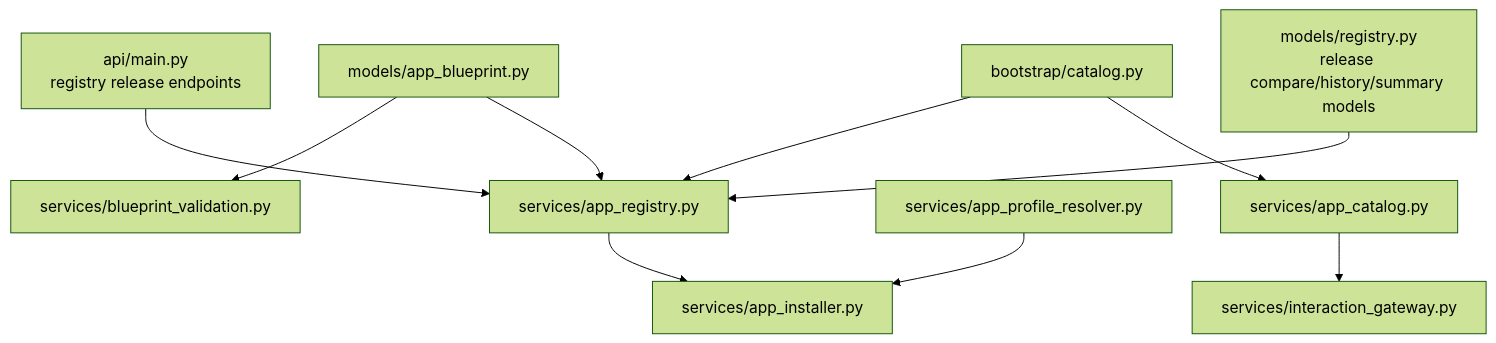
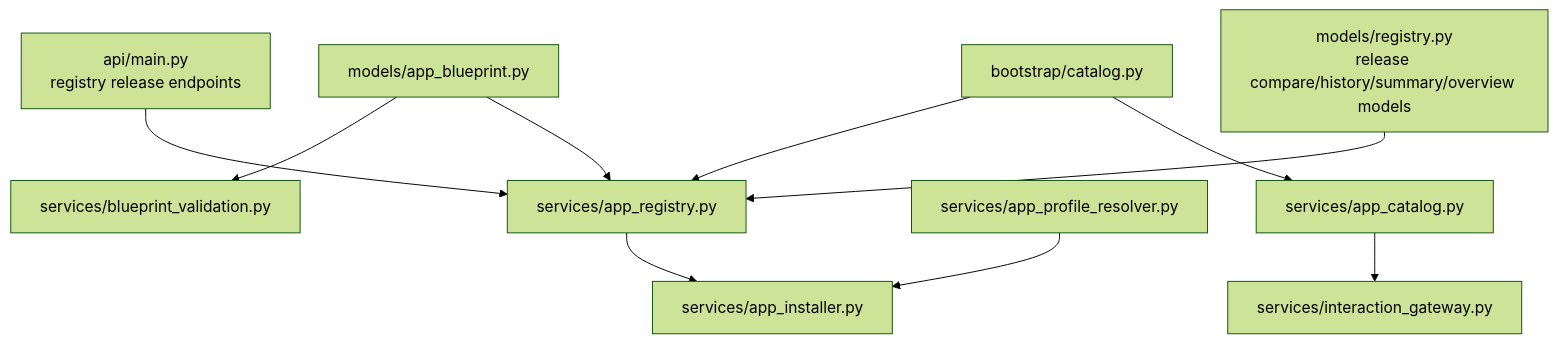
The third of 20 diagrams in docs/system-relationship-map.md (wangchienbo/AgentSystem), drawn with Mermaid (forest theme) before and after one commit. The commit also changed other lines of this file and 3 other files, not shown here.

Commit message:
docs: document app registry overview

````diff
--- a/docs/system-relationship-map.md
+++ b/docs/system-relationship-map.md
@@ -98,12 +98,12 @@
 ```mermaid
 graph TD
     AB[models/app_blueprint.py] --> AR[services/app_registry.py]
     AB --> BV[services/blueprint_validation.py]
-    MREG[models/registry.py\nrelease compare/history/summary models] --> AR[services/app_registry.py]
+    MREG[models/registry.py\nrelease compare/history/summary/overview models] --> AR[services/app_registry.py]
     APIREG[api/main.py\nregistry release endpoints] --> AR
     AR --> AI[services/app_installer.py]
     APR[services/app_profile_resolver.py] --> AI
     ACAT[services/app_catalog.py] --> IG[services/interaction_gateway.py]
     BCAT[bootstrap/catalog.py] --> ACAT
     BCAT --> AR
 ```
````
